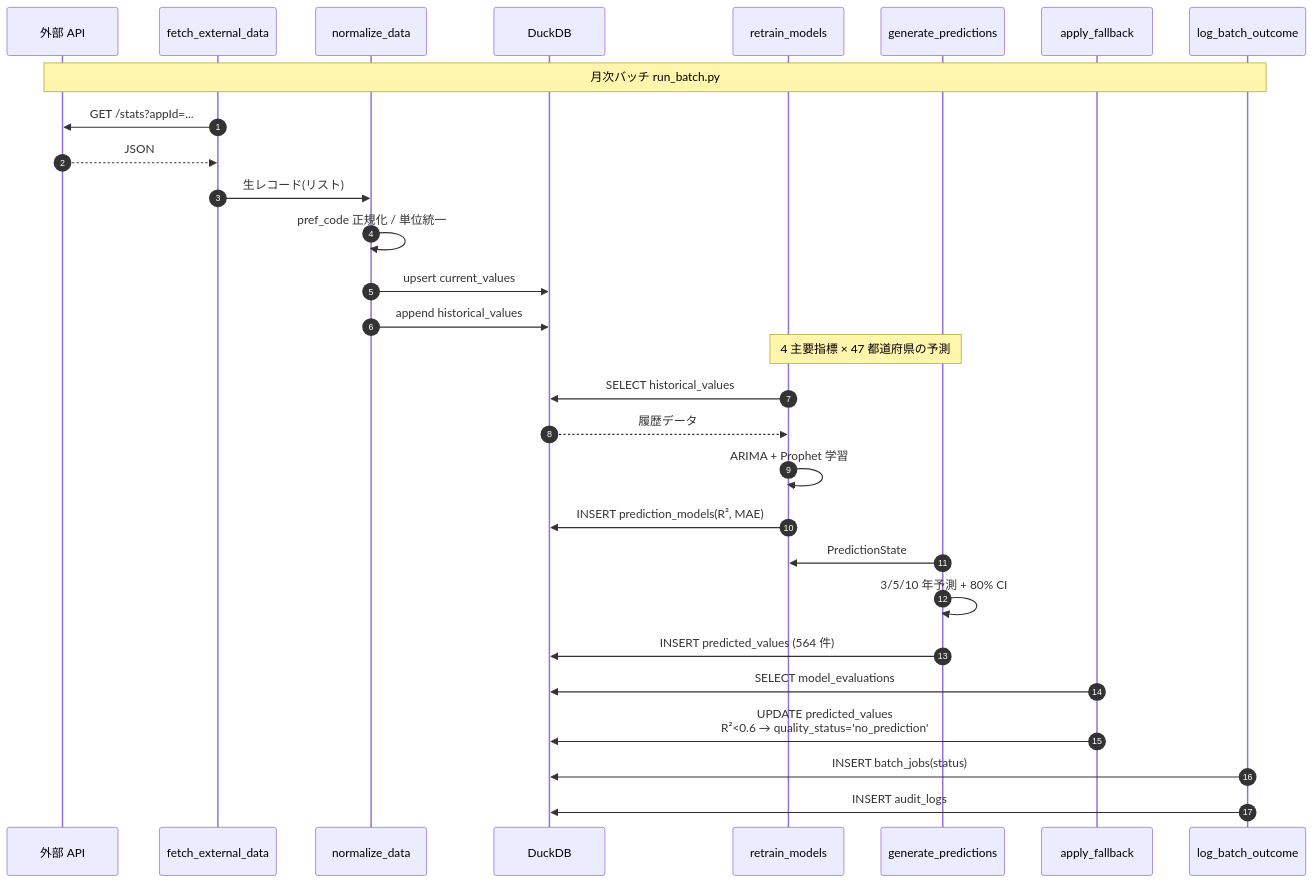
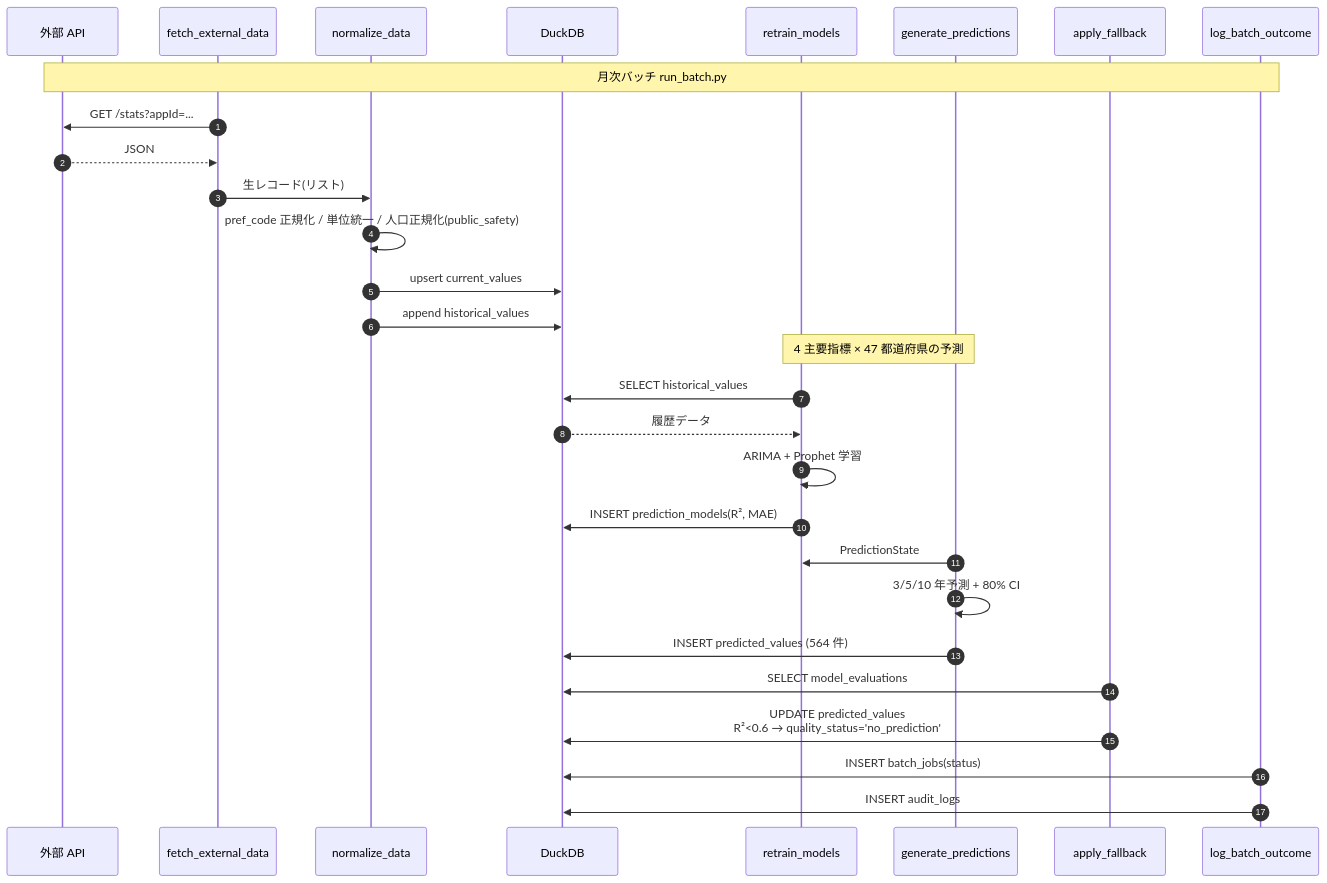
One commit to takanorikoyama-dev/MoveMap changed the second of 5 diagrams in docs/learning/03_architecture.md. Above: the diagram before and after it, drawn with Mermaid. The commit also changed other lines of this file and 4 other files, not shown here.

````diff
--- a/docs/learning/03_architecture.md
+++ b/docs/learning/03_architecture.md
@@ -69,36 +96,36 @@
 ```mermaid
 sequenceDiagram
     autonumber
     participant API as 外部 API
     participant Fetch as fetch_external_data
     participant Norm as normalize_data
     participant DB as DuckDB
     participant Train as retrain_models
     participant Pred as generate_predictions
     participant Fallback as apply_fallback
     participant Log as log_batch_outcome
 
     Note over API,Log: 月次バッチ run_batch.py
     Fetch->>API: GET /stats?appId=...
     API-->>Fetch: JSON
     Fetch->>Norm: 生レコード(リスト)
-    Norm->>Norm: pref_code 正規化 / 単位統一
+    Norm->>Norm: pref_code 正規化 / 単位統一 / 人口正規化(public_safety)
     Norm->>DB: upsert current_values
     Norm->>DB: append historical_values
 
     Note over Train,Pred: 4 主要指標 × 47 都道府県の予測
     Train->>DB: SELECT historical_values
     DB-->>Train: 履歴データ
     Train->>Train: ARIMA + Prophet 学習
     Train->>DB: INSERT prediction_models(R², MAE)
 
     Pred->>Train: PredictionState
     Pred->>Pred: 3/5/10 年予測 + 80% CI
     Pred->>DB: INSERT predicted_values (564 件)
 
     Fallback->>DB: SELECT model_evaluations
     Fallback->>DB: UPDATE predicted_values<br>R²<0.6 → quality_status='no_prediction'
 
     Log->>DB: INSERT batch_jobs(status)
     Log->>DB: INSERT audit_logs
 ```
````
